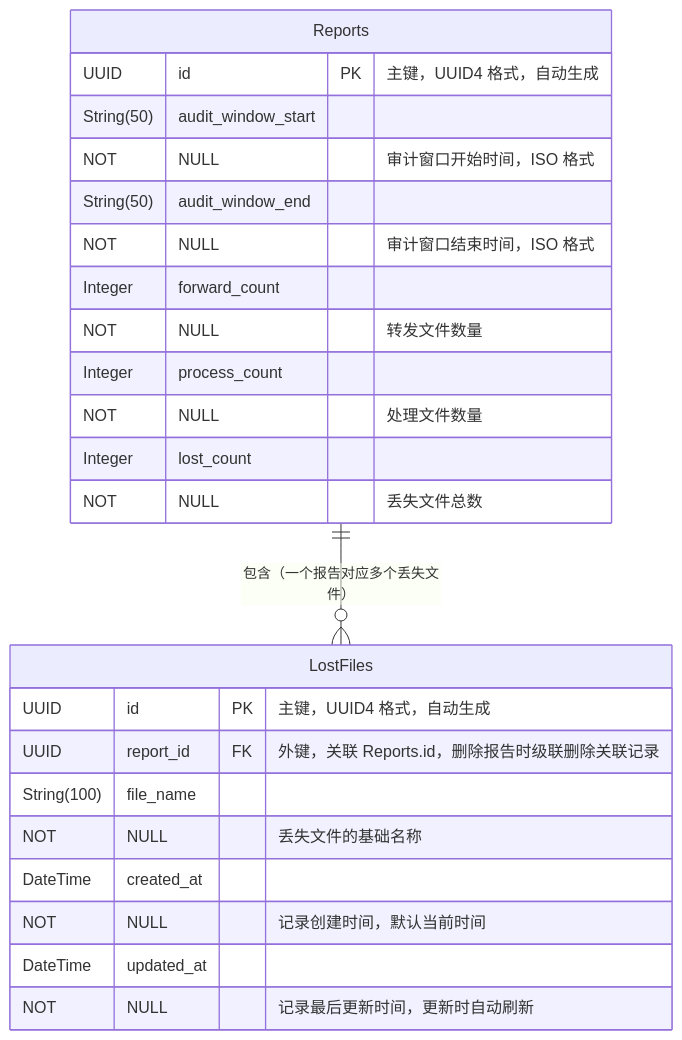
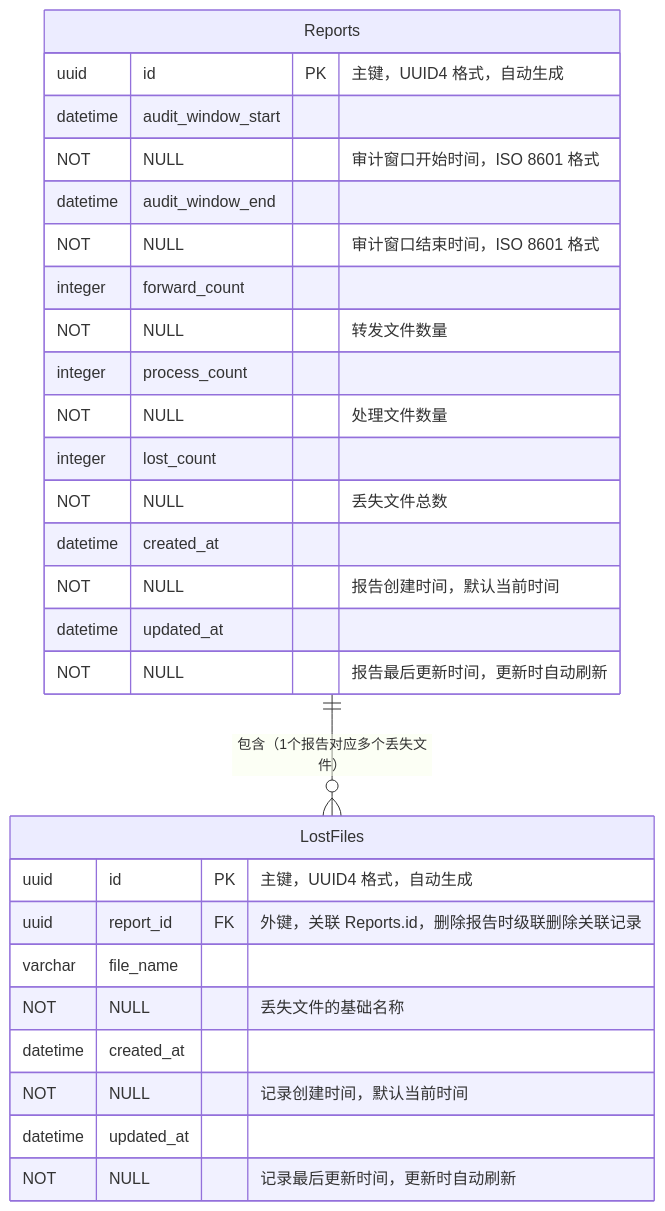
Before and after one commit to LouisLiuNova/plg-direct-demo: the second of 2 diagrams in README.md, drawn with Mermaid. The commit also changed other lines of this file, not shown here.

````diff
--- a/README.md
+++ b/README.md
@@ -204,24 +239,26 @@
 ```mermaid
 erDiagram
     %% 定义 Reports 实体（报告表）
     Reports {
-        UUID id PK "主键，UUID4 格式，自动生成"
-        String(50) audit_window_start NOT NULL "审计窗口开始时间，ISO 格式"
-        String(50) audit_window_end NOT NULL "审计窗口结束时间，ISO 格式"
-        Integer forward_count NOT NULL "转发文件数量"
-        Integer process_count NOT NULL "处理文件数量"
-        Integer lost_count NOT NULL "丢失文件总数"
+        uuid id PK "主键，UUID4 格式，自动生成"
+        datetime audit_window_start NOT NULL "审计窗口开始时间，ISO 8601 格式"
+        datetime audit_window_end NOT NULL "审计窗口结束时间，ISO 8601 格式"
+        integer forward_count NOT NULL "转发文件数量"
+        integer process_count NOT NULL "处理文件数量"
+        integer lost_count NOT NULL "丢失文件总数"
+        datetime created_at NOT NULL "报告创建时间，默认当前时间"
+        datetime updated_at NOT NULL "报告最后更新时间，更新时自动刷新"
     }
 
     %% 定义 LostFiles 实体（丢失文件明细表）
     LostFiles {
-        UUID id PK "主键，UUID4 格式，自动生成"
-        UUID report_id FK "外键，关联 Reports.id，删除报告时级联删除关联记录"
-        String(100) file_name NOT NULL "丢失文件的基础名称"
-        DateTime created_at NOT NULL "记录创建时间，默认当前时间"
-        DateTime updated_at NOT NULL "记录最后更新时间，更新时自动刷新"
+        uuid id PK "主键，UUID4 格式，自动生成"
+        uuid report_id FK "外键，关联 Reports.id，删除报告时级联删除关联记录"
+        varchar file_name NOT NULL "丢失文件的基础名称"
+        datetime created_at NOT NULL "记录创建时间，默认当前时间"
+        datetime updated_at NOT NULL "记录最后更新时间，更新时自动刷新"
     }
 
     %% 定义实体间的关系（1:N 一对多）
-    Reports ||--o{ LostFiles : "包含（一个报告对应多个丢失文件）"
+    Reports ||--o{ LostFiles : "包含（1个报告对应多个丢失文件）"
 ```
````
